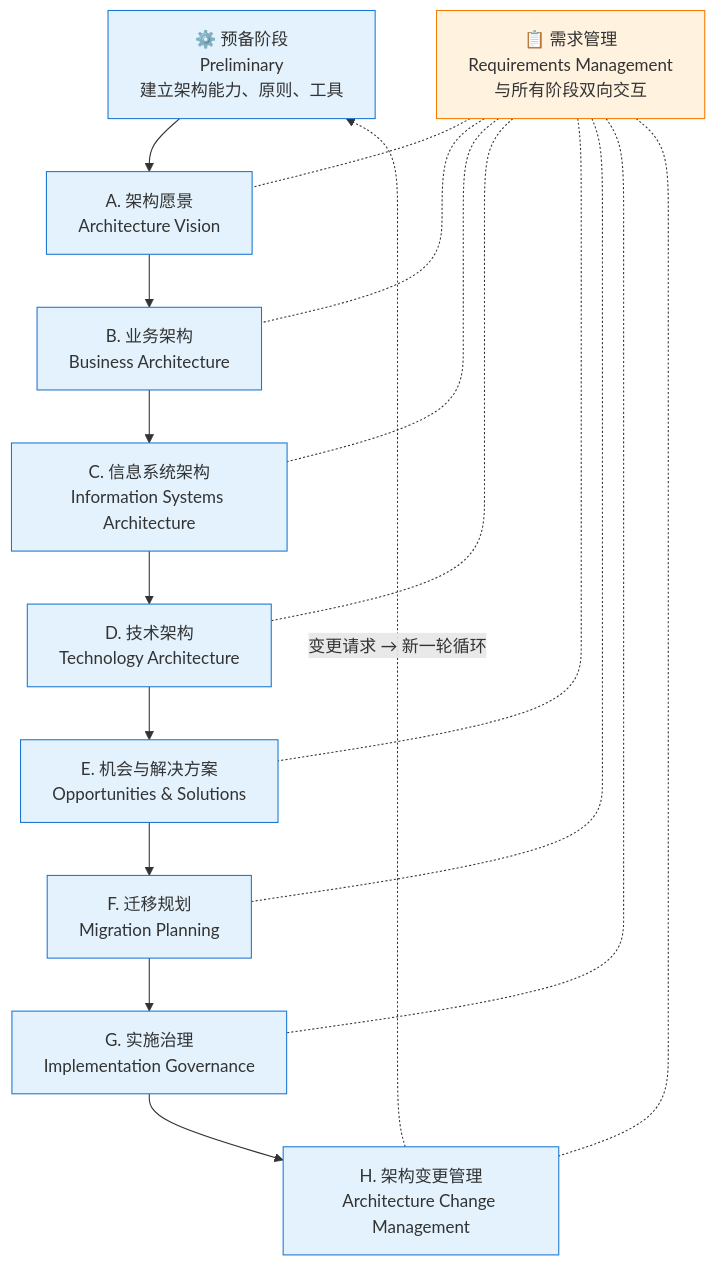
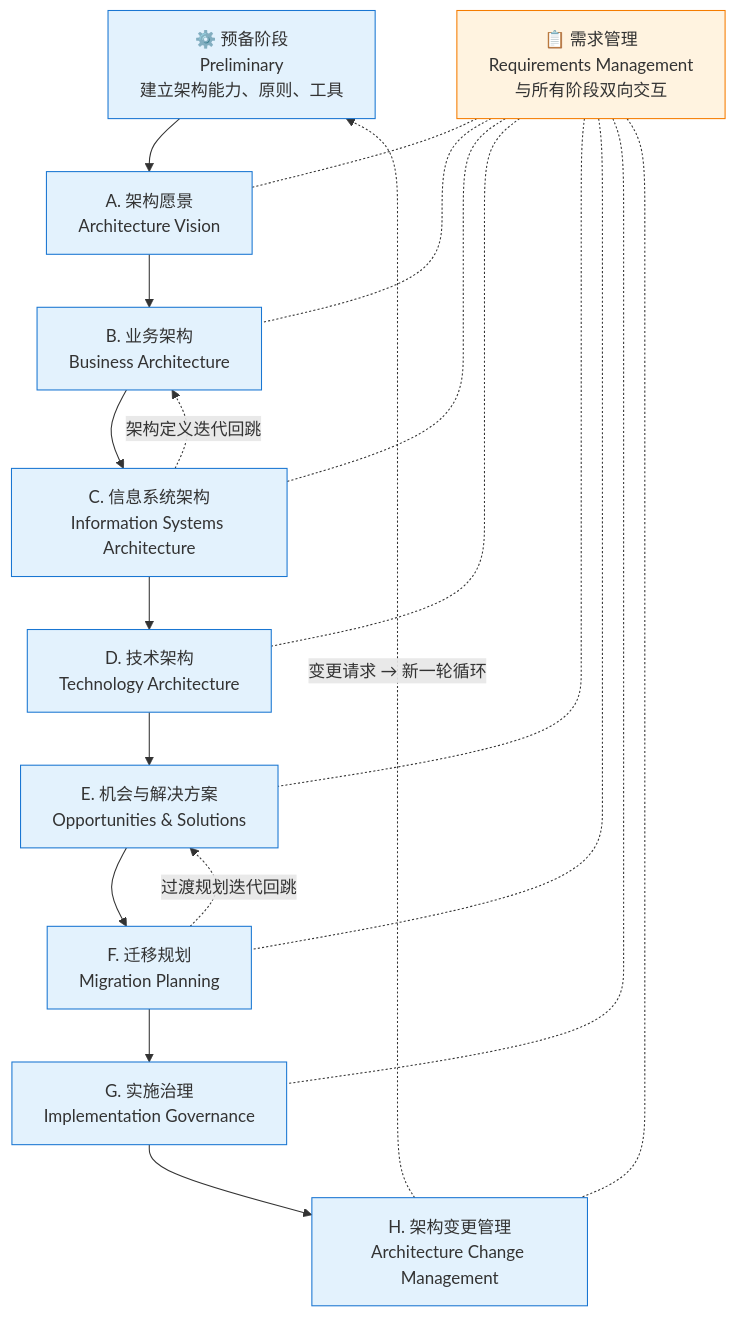
One commit to wb04307201/note changed the first of 2 diagrams in 06.distributed-systems/01-foundation/system-design-basics/togaf/adm.md. Above: the diagram before and after it, drawn with Mermaid. The commit also changed other lines of this file and 2 other files, not shown here.

First line of the commit message:
feat(06.distributed-systems): togaf - ADM 全景图补齐三层迭代语义

````diff
--- a/06.distributed-systems/01-foundation/system-design-basics/togaf/adm.md
+++ b/06.distributed-systems/01-foundation/system-design-basics/togaf/adm.md
@@ -62,24 +65,27 @@
 ```mermaid
 graph TB
     Pre["⚙️ 预备阶段<br/>Preliminary<br/>建立架构能力、原则、工具"]
 
     Pre --> A["A. 架构愿景<br/>Architecture Vision"]
     A --> B["B. 业务架构<br/>Business Architecture"]
     B --> C["C. 信息系统架构<br/>Information Systems Architecture"]
     C --> D["D. 技术架构<br/>Technology Architecture"]
     D --> E["E. 机会与解决方案<br/>Opportunities & Solutions"]
     E --> F["F. 迁移规划<br/>Migration Planning"]
     F --> G["G. 实施治理<br/>Implementation Governance"]
     G --> H["H. 架构变更管理<br/>Architecture Change Management"]
 
     H -.->|"变更请求 → 新一轮循环"| Pre
 
+    C -.->|"架构定义迭代回跳"| B
+    F -.->|"过渡规划迭代回跳"| E
+
     RM["📋 需求管理<br/>Requirements Management<br/>与所有阶段双向交互"]
     RM -.- A & B & C & D
     RM -.- E & F & G & H
 
     classDef phase fill:#e3f2fd,stroke:#1976d2
     classDef req fill:#fff3e0,stroke:#f57c00
     class Pre,A,B,C,D,E,F,G,H phase
     class RM req
 ```
````
